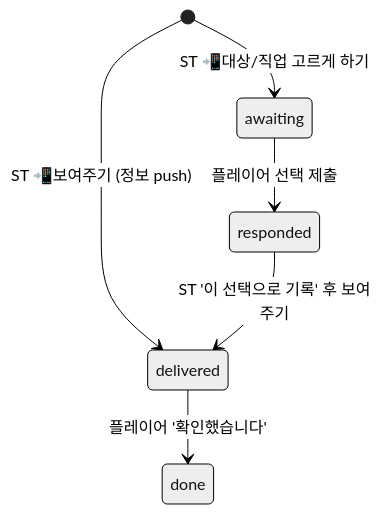
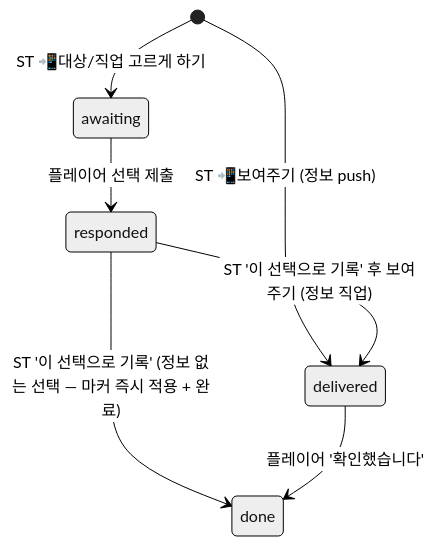
The second of 3 diagrams in docs/wiki/11-online-play.md (daseul22/botc-grimoire), drawn with Mermaid (neutral theme) before and after one commit. The commit also changed other lines of this file and 8 other files, not shown here.

````diff
--- a/docs/wiki/11-online-play.md
+++ b/docs/wiki/11-online-play.md
@@ -173,8 +173,9 @@
 ```mermaid
 stateDiagram-v2
   [*] --> delivered: ST 📲보여주기 (정보 push)
   [*] --> awaiting: ST 📲대상/직업 고르게 하기
   awaiting --> responded: 플레이어 선택 제출
-  responded --> delivered: ST '이 선택으로 기록' 후 보여주기
+  responded --> done: ST '이 선택으로 기록' (정보 없는 선택 — 마커 즉시 적용 + 완료)
+  responded --> delivered: ST '이 선택으로 기록' 후 보여주기 (정보 직업)
   delivered --> done: 플레이어 '확인했습니다'
 ```
````
